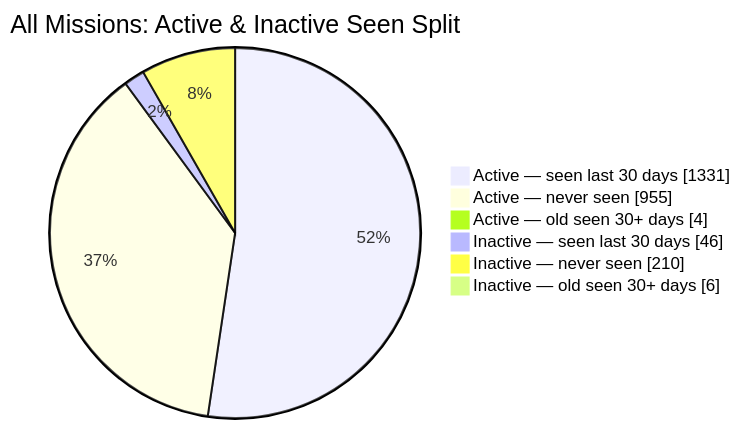
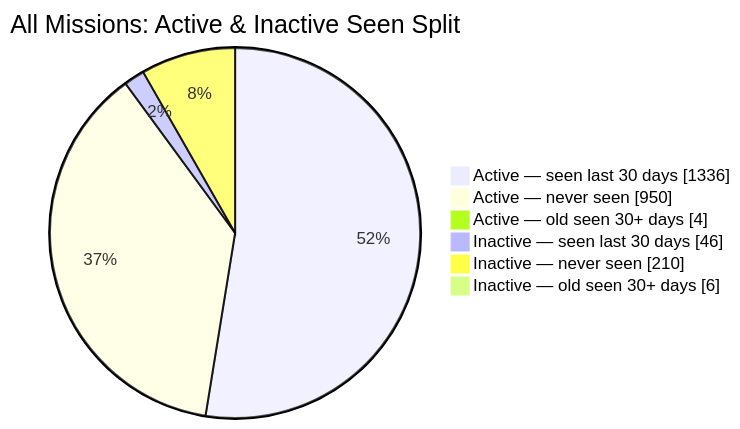
One commit to MeldkamerspelGameTeam/active-missions changed the second of 2 diagrams in README.md. Above: the diagram before and after it, drawn with Mermaid. The commit also changed other lines of this file and 2 other files, not shown here.

````diff
--- a/README.md
+++ b/README.md
@@ -44,10 +44,10 @@
 ```mermaid
 pie showData
     title All Missions: Active & Inactive Seen Split
-    "Active — seen last 30 days" : 1331
-    "Active — never seen" : 955
+    "Active — seen last 30 days" : 1336
+    "Active — never seen" : 950
     "Active — old seen 30+ days" : 4
     "Inactive — seen last 30 days" : 46
     "Inactive — never seen" : 210
     "Inactive — old seen 30+ days" : 6
 ```
````
